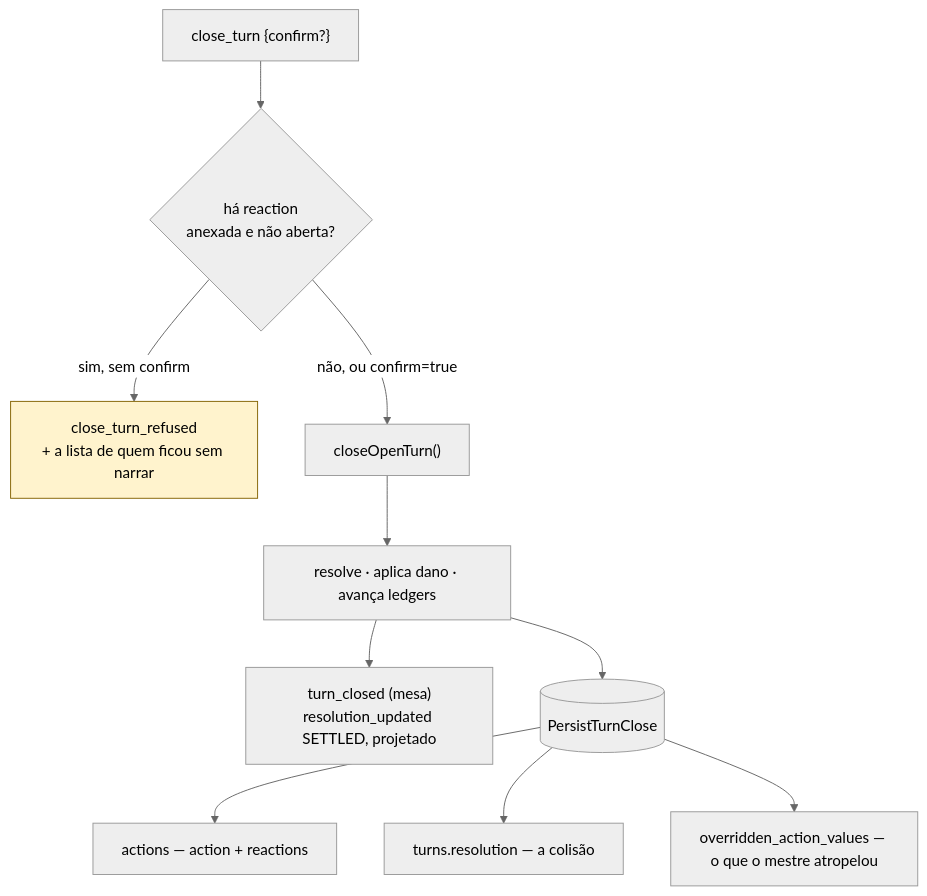
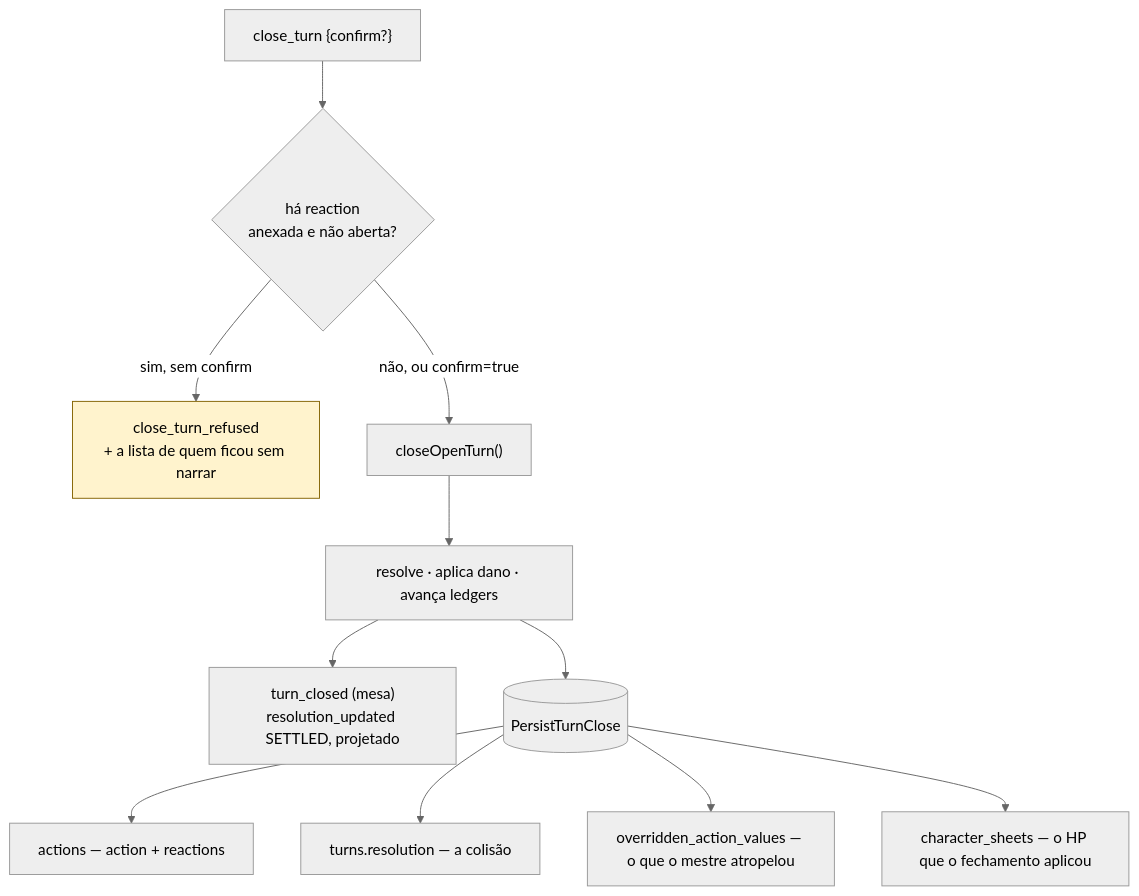
One commit to 422UR4H/HxH_RPG_System changed the sixth of 7 diagrams in docs/dev/match/flows/03-fluxo-de-acao.md. Above: the diagram before and after it, drawn with Mermaid (neutral theme). The commit also changed other lines of this file and 32 other files, not shown here.

````diff
--- a/docs/dev/match/flows/03-fluxo-de-acao.md
+++ b/docs/dev/match/flows/03-fluxo-de-acao.md
@@ -234,14 +234,15 @@
 ```mermaid
 flowchart TB
     CT["close_turn {confirm?}"] --> CHK{"há reaction<br/>anexada e não aberta?"}
     CHK -->|sim, sem confirm| REF["close_turn_refused<br/>+ a lista de quem ficou sem narrar"]
     CHK -->|não, ou confirm=true| CLOSE["closeOpenTurn()"]
     CLOSE --> RES["resolve · aplica dano · avança ledgers"]
     RES --> PUB["turn_closed (mesa)<br/>resolution_updated SETTLED, projetado"]
     RES --> DB[("PersistTurnClose")]
     DB --> D1["actions — action + reactions"]
     DB --> D2["turns.resolution — a colisão"]
     DB --> D3["overridden_action_values — o que o mestre atropelou"]
+    DB --> D4["character_sheets — o HP que o fechamento aplicou"]
 
     style REF fill:#fff3cd,stroke:#856404
 ```
````
